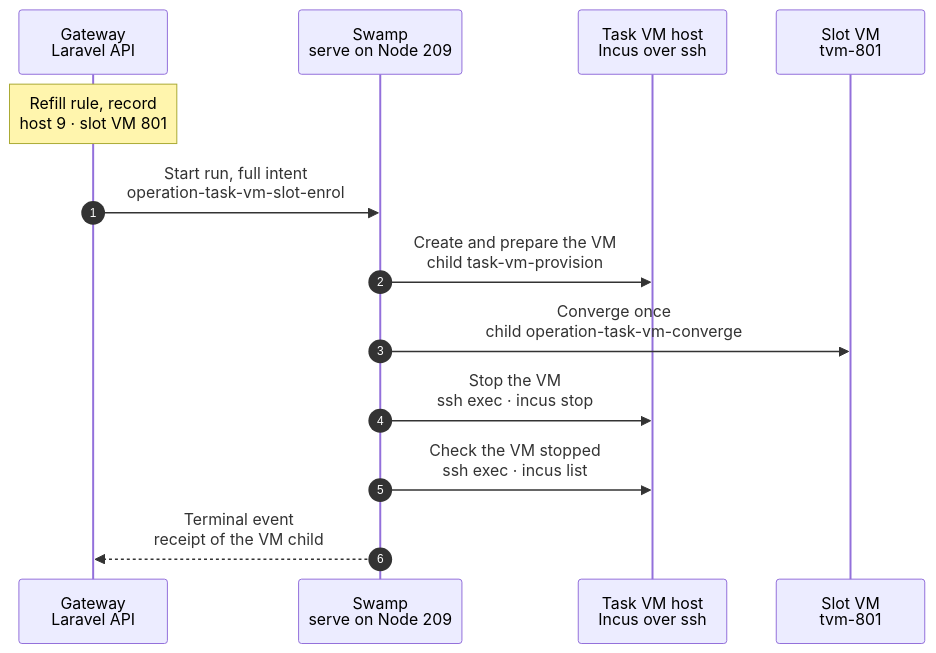
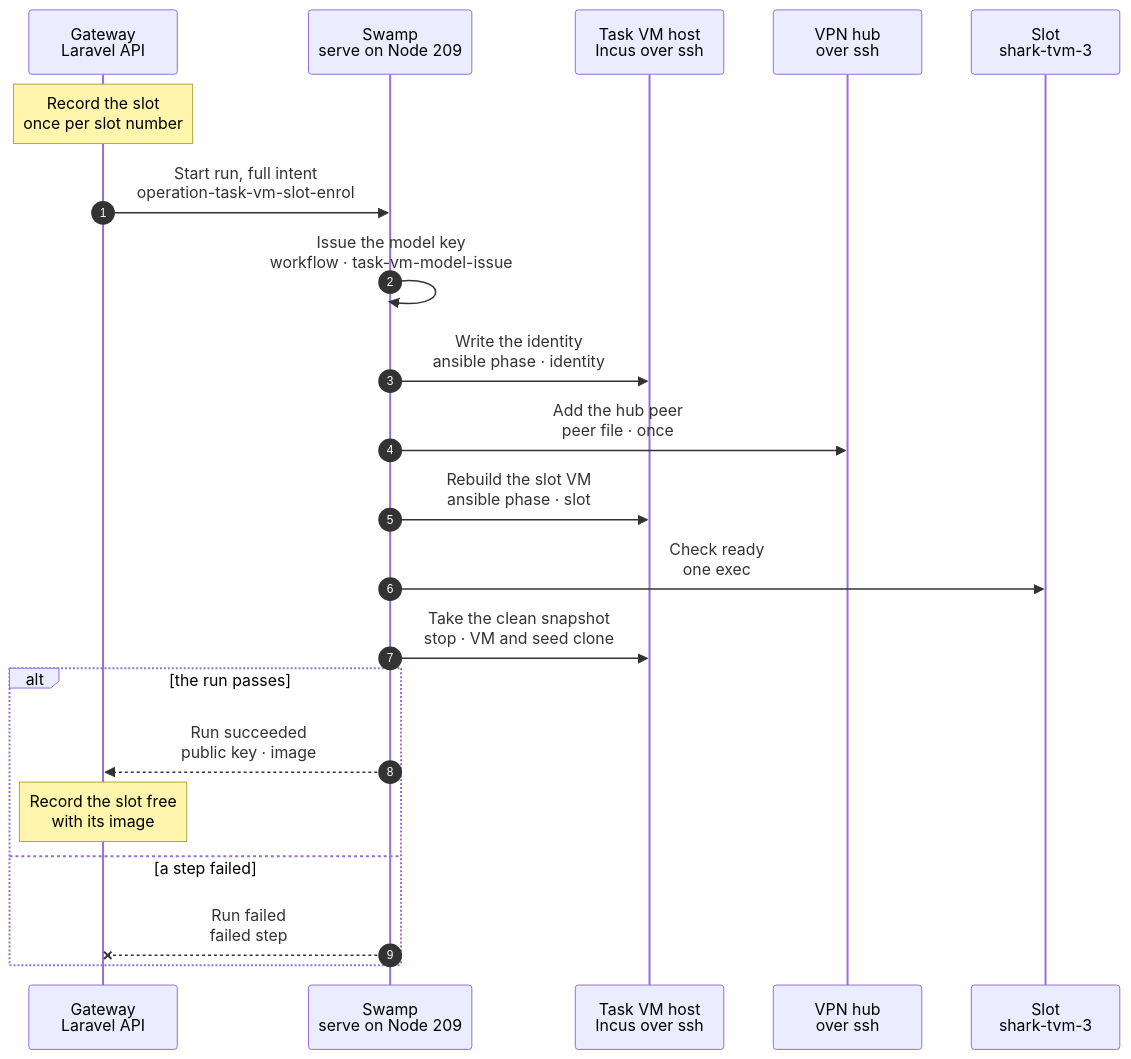
One commit to hardimpactdev/orbit changed the diagram in docs/cli/tasks/vm-slot-enrol.mmd. Above: the diagram before and after it, drawn with Mermaid. The commit also changed 10 other files, not shown here.

First line of the commit message:
docs(tasks): slot claim, slot enrol and release, and the one-VM image refresh charts

```diff
--- a/docs/cli/tasks/vm-slot-enrol.mmd
+++ b/docs/cli/tasks/vm-slot-enrol.mmd
@@ -1,42 +1,69 @@
 sequenceDiagram
-  %% Target design: swamp/workflows/workflow-operation-task-vm-slot-enrol.yaml. One ready slot of chart `task_vm.slots` (vm-slots.mmd): the VM child of tasks:provision, the converge, a stop. Decided by the orchestrator, for Nick's review (2026-11-06).
+  %% Target design (Nick 2026-11-07): task VMs are fixed, reused slots named <node>-tvm-<slot>. Each slot is a permanent Orbit Node whose identity is written once, here. A claim (docs/cli/tasks/provision.mmd) only starts it; a release (docs/cli/tasks/vm-slot-release.mmd) rolls it back to `clean`. Decided by the orchestrator from that end state: the identity lives on a small volume per slot on the host, so a slot keeps it when it is rebuilt from a new image.
   %% status: draft
-  %% command: none · the slot refill rule starts it
+  %% command: none · enrol or re-enrol one slot
   %% kind: task_vm.slot_enrol
   autonumber
   %% lane GW icon=gateway pill=intent tone=blue
   %% lane SW icon=workflow pill=executes tone=green
   %% lane H icon=server pill=target tone=amber
-  %% lane VM icon=server pill=target tone=purple
+  %% lane HUB icon=server pill=target tone=purple
+  %% lane VM icon=server pill=slot tone=purple
   participant GW as Gateway<br/>Laravel API
   participant SW as Swamp<br/>serve on Node 209
   participant H as Task VM host<br/>Incus over ssh
-  participant VM as Slot VM<br/>tvm-801
-  Note over GW: Refill rule, record<br/>host 9 · slot VM 801
+  participant HUB as VPN hub<br/>over ssh
+  participant VM as Slot<br/>shark-tvm-3
+  Note over GW: Record the slot<br/>once per slot number
   %%> Started by:
-  %%> - the refill rule of the host, after an enrol, a claim, a destroy, an image promotion or a change of `task_vms.slots`
-  %%> - the operator command `task-vms:fill-slots HOST` on the Gateway
+  %%> - the `slots` count of a task VM host (`node:update`): one enrol per missing slot, one at a time
+  %%> - the image refresh: it re-enrols the first idle slot from the candidate, then each other idle slot after the promotion, one at a time
+  %%> - a release, when the slot's image is no longer the host's promoted image
   %%> Requirements:
-  %%> - the host has `task_vms.slots`, a promoted image and capacity for a VM of the slot size
-  %%> - no slot of the host enrols or is destroyed, and no enrol of the host failed in the last 15 minutes
-  %%> Result:
-  %%> - a task VM row with no group, `slot_project_id` and the host's last promoted image; its guest Node and Pi Process
-  %%> - the converge intent with the nested subnet and bridge
+  %%> - an active task VM host, and no group holds the slot
+  %%> Result on the first enrol only:
+  %%> - the Node `shark-tvm-3` with its `app-dev` role, WireGuard address, agent secret, the `pi-server` Process with its Pi token, and the workspace Instance at the fixed checkout path
+  %%> - the agent secret and the Pi token go to the vault; the run inputs hold only their key names
+  %%> A re-enrol writes no record: the slot keeps all of them
   GW->>SW: Start run, full intent<br/>operation-task-vm-slot-enrol
-  %%> Inputs:
-  %%> - the provision intent, the converge intent and `execution_secrets` as vault key names
-  SW->>H: Create and prepare the VM<br/>child task-vm-provision
+  SW->>SW: Issue the model key<br/>workflow · task-vm-model-issue
   %%> What it does:
-  %%> - today's VM child of tasks:provision: clone the image, attach a clone of the host's topology seed, boot, enrol, model key, Pi
-  SW->>VM: Converge once<br/>child operation-task-vm-converge
+  %%> - makes the slot's model key and registers it with the model router; the key stays in the run and goes only into the identity volume
+  %%> Guard:
+  %%> - skipped when the slot has its model key; a key is revoked only when the slot is retired
+  SW->>H: Write the identity<br/>ansible phase · identity
   %%> What it does:
-  %%> - the task VM role phases: nested Incus with the seed pool, the nested network
-  SW->>H: Stop the VM<br/>ssh exec · incus stop
-  %%> How:
-  %%> - `sudo timeout 130 incus stop --project orbit-tasks --timeout 120 -- tvm-801`; a VM that is already stopped counts as stopped
-  SW->>H: Check the VM stopped<br/>ssh exec · incus list
-  SW-->>GW: Terminal event<br/>receipt of the VM child
-  %%> Result:
-  %%> - success: the Gateway records the enrolment as for any task VM, then the row is `parked` with no group: a ready slot
-  %%> - failure: the row is `failed`; the refill rule destroys it with today's destroy
-  %%> - either way, the Gateway runs the refill rule of the host again
+  %%> - creates the volume `shark-tvm-3-identity` once
+  %%> - makes the WireGuard key pair and the SSH host keys in the volume, and writes the agent secret, the Pi token, the model key, the hostname and the WireGuard address
+  %%> - prints only the WireGuard public key and the host key fingerprint
+  %%> Fixed:
+  %%> - a key or secret that exists is never made again, so every rebuild keeps the slot's identity; a private key never leaves the host
+  SW->>HUB: Add the hub peer<br/>peer file · once
+  %%> What it does:
+  %%> - writes the slot's peer file from the public key above and reloads the hub
+  %%> Guard:
+  %%> - skipped when the peer file already matches; a claim or a release never touches the hub
+  SW->>H: Rebuild the slot VM<br/>ansible phase · slot
+  %%> What it does:
+  %%> - deletes the slot's VM and its seed clone when they exist
+  %%> - clones the seed of the host's promoted image (the candidate, for the refresh), and creates `shark-tvm-3` from that image with the seed clone, the identity volume, its fixed address and MAC
+  %%> - starts it; the image's identity unit installs the identity before sshd, WireGuard, the agent and Pi start
+  SW->>VM: Check ready<br/>one exec
+  %%> What it does:
+  %%> - the same check as a claim: the agent, Pi, the tunnel and the three containers; Swamp's `assert` decides
+  SW->>H: Take the clean snapshot<br/>stop · VM and seed clone
+  %%> What it does:
+  %%> - stops the slot, then snapshots the VM and its seed clone as `clean`; a release rolls back to it
+  %%> - a stopped slot holds disk, not memory
+  alt the run passes
+    SW-->>GW: Run succeeded<br/>public key · image
+    Note over GW: Record the slot free<br/>with its image
+    %%> Result:
+    %%> - records the WireGuard public key and host key on the first enrol, and the image fingerprint on every enrol
+    %%> - the slot is `free`
+  else a step failed
+    SW--xGW: Run failed<br/>failed step
+    %%> On failure:
+    %%> - the slot is `failed` and no claim takes it; the identity volume and the hub peer stay
+    %%> - running the enrol again is safe: it keeps the keys and rebuilds the VM
+  end
```
